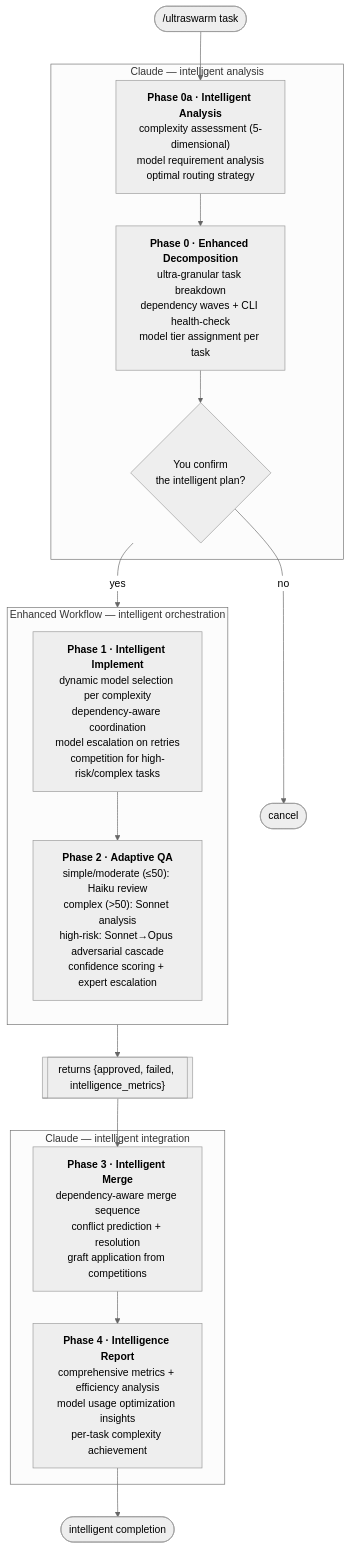
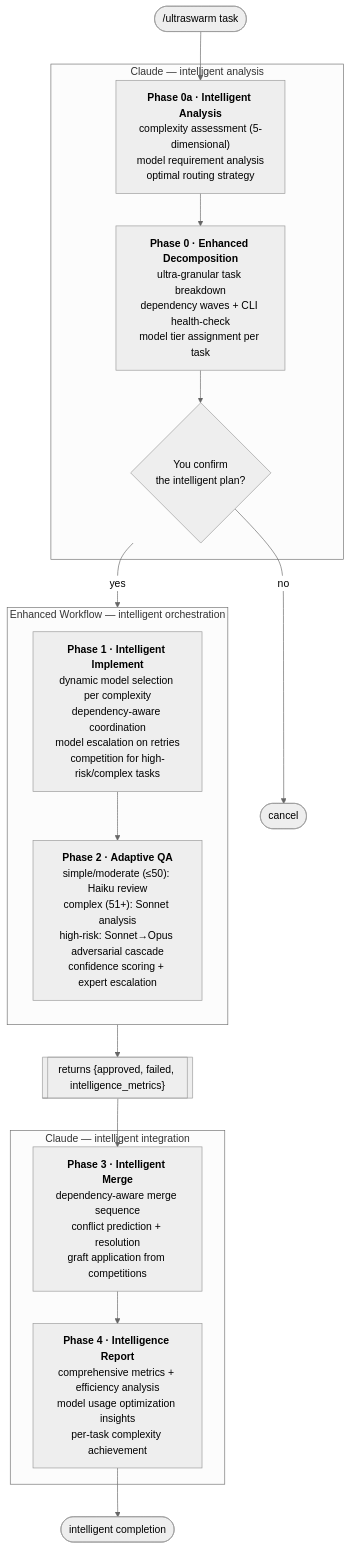
Before and after one commit to fubak/ultraswarm: the first of 2 diagrams in README.md, drawn with Mermaid (neutral theme).

Commit message:
docs: use '51+' instead of '>50' in mermaid label (avoids entity-escaping ambiguity)

````diff
--- a/README.md
+++ b/README.md
@@ -42,30 +42,30 @@
 ```mermaid
 flowchart TD
     U([/ultraswarm task]) --> P0A
 
     subgraph claude0 [" Claude — intelligent analysis "]
         P0A["<b>Phase 0a · Intelligent Analysis</b><br/>complexity assessment (5-dimensional)<br/>model requirement analysis<br/>optimal routing strategy"]
         P0["<b>Phase 0 · Enhanced Decomposition</b><br/>ultra-granular task breakdown<br/>dependency waves + CLI health-check<br/>model tier assignment per task"]
         CONF{"You confirm<br/>the intelligent plan?"}
     end
     P0A --> P0
     P0 --> CONF
     CONF -- no --> STOP([cancel])
 
     subgraph wf [" Enhanced Workflow — intelligent orchestration "]
         direction TB
         P1["<b>Phase 1 · Intelligent Implement</b><br/>dynamic model selection per complexity<br/>dependency-aware coordination<br/>model escalation on retries<br/>competition for high-risk/complex tasks"]
-        P2["<b>Phase 2 · Adaptive QA</b><br/>simple/moderate (≤50): Haiku review<br/>complex (&gt;50): Sonnet analysis<br/>high-risk: Sonnet→Opus adversarial cascade<br/>confidence scoring + expert escalation"]
+        P2["<b>Phase 2 · Adaptive QA</b><br/>simple/moderate (≤50): Haiku review<br/>complex (51+): Sonnet analysis<br/>high-risk: Sonnet→Opus adversarial cascade<br/>confidence scoring + expert escalation"]
         P1 --> P2
     end
     CONF -- yes --> P1
     P2 --> RET[["returns {approved, failed, intelligence_metrics}"]]
 
     subgraph claude1 [" Claude — intelligent integration "]
         P3["<b>Phase 3 · Intelligent Merge</b><br/>dependency-aware merge sequence<br/>conflict prediction + resolution<br/>graft application from competitions"]
         P4["<b>Phase 4 · Intelligence Report</b><br/>comprehensive metrics + efficiency analysis<br/>model usage optimization insights<br/>per-task complexity achievement"]
         P3 --> P4
     end
     RET --> P3
     P4 --> DONE([intelligent completion])
 ```
````
